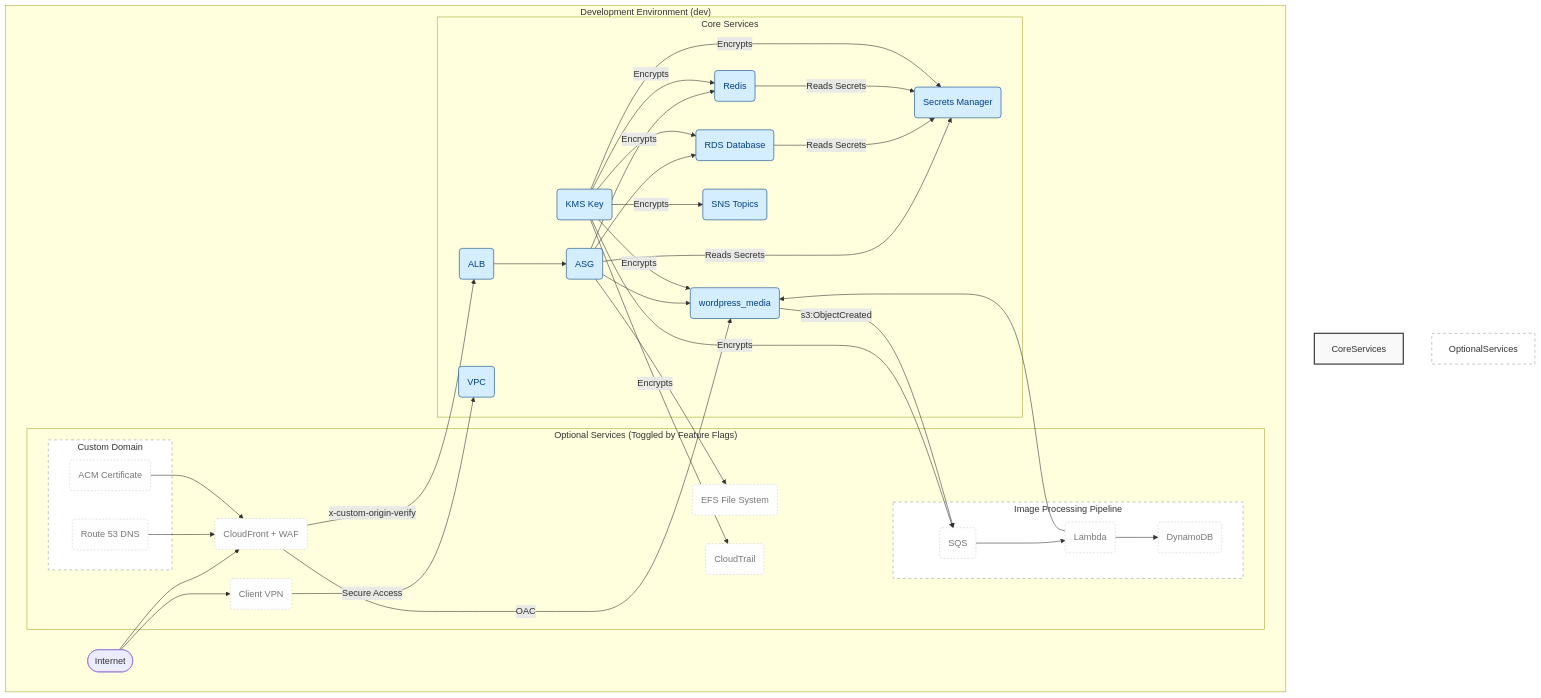
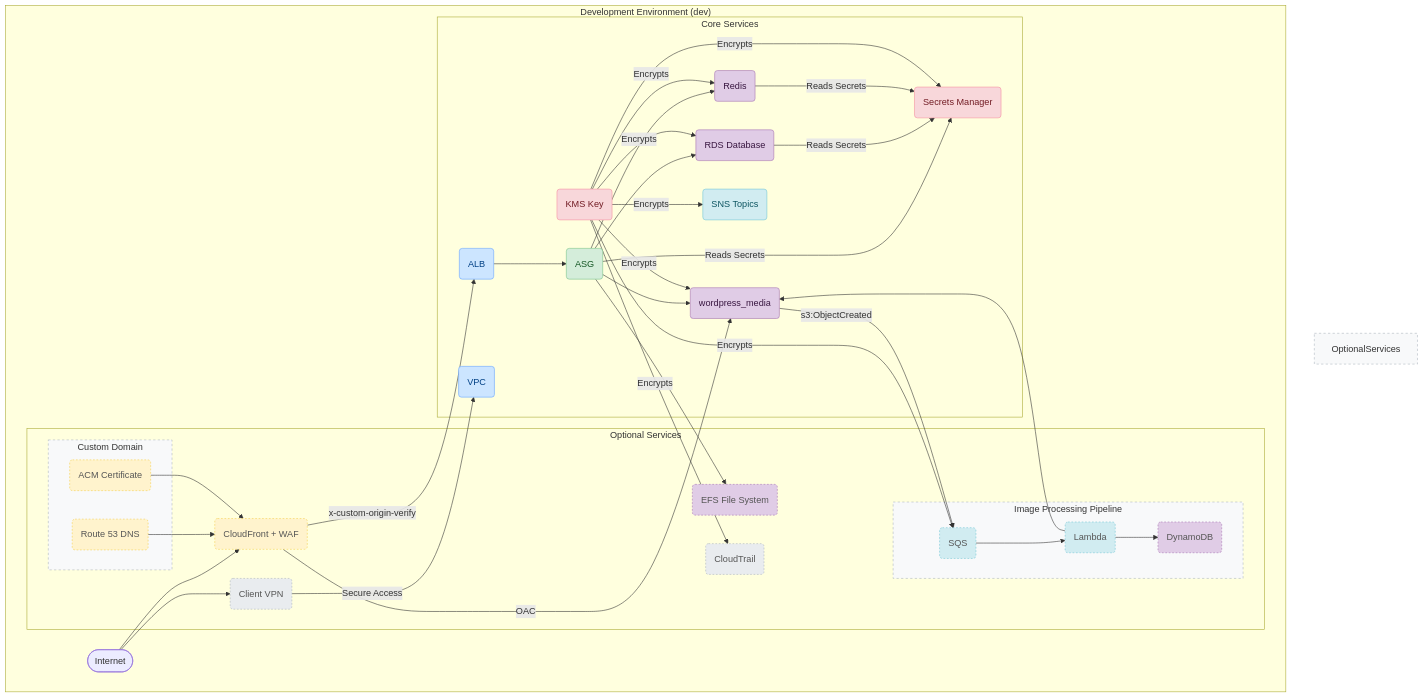
The diagram in terraform/environments/dev/README.md (hetmanskyi-cloud/AWS), drawn with Mermaid before and after one commit. The commit also changed 5 other files, not shown here.

````diff
--- a/terraform/environments/dev/README.md
+++ b/terraform/environments/dev/README.md
@@ -40,7 +40,6 @@
         direction LR
 
         subgraph "Core Services"
-            style CoreServices fill:#f9f9f9,stroke:#333,stroke-width:2px
             VPC(VPC)
             ALB(ALB)
             ASG(ASG)
@@ -52,22 +51,22 @@
             SNS(SNS Topics)
         end
 
-        subgraph "Optional Services (Toggled by Feature Flags)"
-            style OptionalServices fill:#fff,stroke:#999,stroke-dasharray: 5 5
+        subgraph "Optional Services"
+            style OptionalServices fill:#f8f9fa,stroke:#adb5bd,stroke-dasharray: 4 4
             CloudFront(CloudFront + WAF)
             ClientVPN(Client VPN)
             EFS(EFS File System)
             CloudTrail(CloudTrail)
 
             subgraph Lambda_Pipeline [Image Processing Pipeline]
-                style Lambda_Pipeline fill:#fff,stroke:#999,stroke-dasharray: 5 5
+                style Lambda_Pipeline fill:#f8f9fa,stroke:#adb5bd,stroke-dasharray: 4 4
                 Lambda(Lambda)
                 SQS(SQS)
                 DynamoDB(DynamoDB)
             end
 
             subgraph CustomDomain [Custom Domain]
-                style CustomDomain fill:#fff,stroke:#999,stroke-dasharray: 5 5
+                style CustomDomain fill:#f8f9fa,stroke:#adb5bd,stroke-dasharray: 4 4
                 ACM(ACM Certificate)
                 Route53(Route 53 DNS)
             end
@@ -109,9 +108,24 @@
         ACM --> CloudFront
     end
 
-    classDef core fill:#d4edff,stroke:#004085,color:#004085;
-    classDef optional fill:#fefefe,stroke:#ccc,stroke-dasharray: 3 3,color:#777;
-    class VPC,ALB,ASG,RDS,ElastiCache,S3,KMS,SecretsManager,SNS core;
-    class CloudFront,ClientVPN,EFS,CloudTrail,Lambda,SQS,DynamoDB,ACM,Route53 optional;
+    %% Style Definitions
+    classDef network fill:#cce5ff,stroke:#66a3ff,color:#004085
+    classDef compute fill:#d4edda,stroke:#77c289,color:#155724
+    classDef datastore fill:#e0cce6,stroke:#a673b2,color:#381640
+    classDef security fill:#f8d7da,stroke:#f58fa0,color:#721c24
+    classDef cdn fill:#fff3cd,stroke:#f5d04d,color:#856404
+    classDef integration fill:#d1ecf1,stroke:#74c6d4,color:#0c5460
+    classDef access fill:#e9ecef,stroke:#adb5bd,color:#343a40
+    classDef optional stroke-dasharray: 3 3,color:#555
 
+    %% Apply Styles
+    class VPC,ALB network
+    class ASG compute
+    class RDS,ElastiCache,S3,DynamoDB,EFS datastore
+    class KMS,SecretsManager security
+    class CloudFront,Route53,ACM cdn
+    class Lambda,SQS,SNS integration
+    class ClientVPN,CloudTrail access
+
+    class CloudFront,ClientVPN,EFS,CloudTrail,Lambda,SQS,DynamoDB,ACM,Route53 optional
 ```
````
